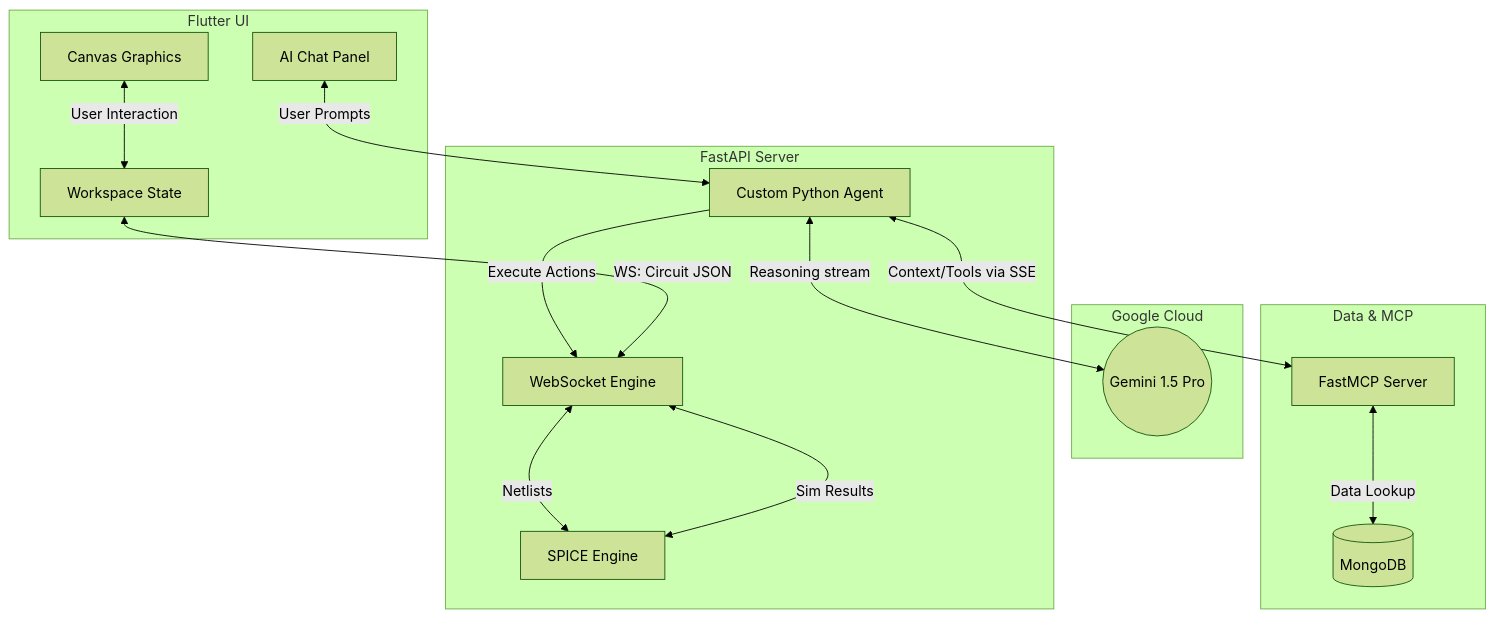
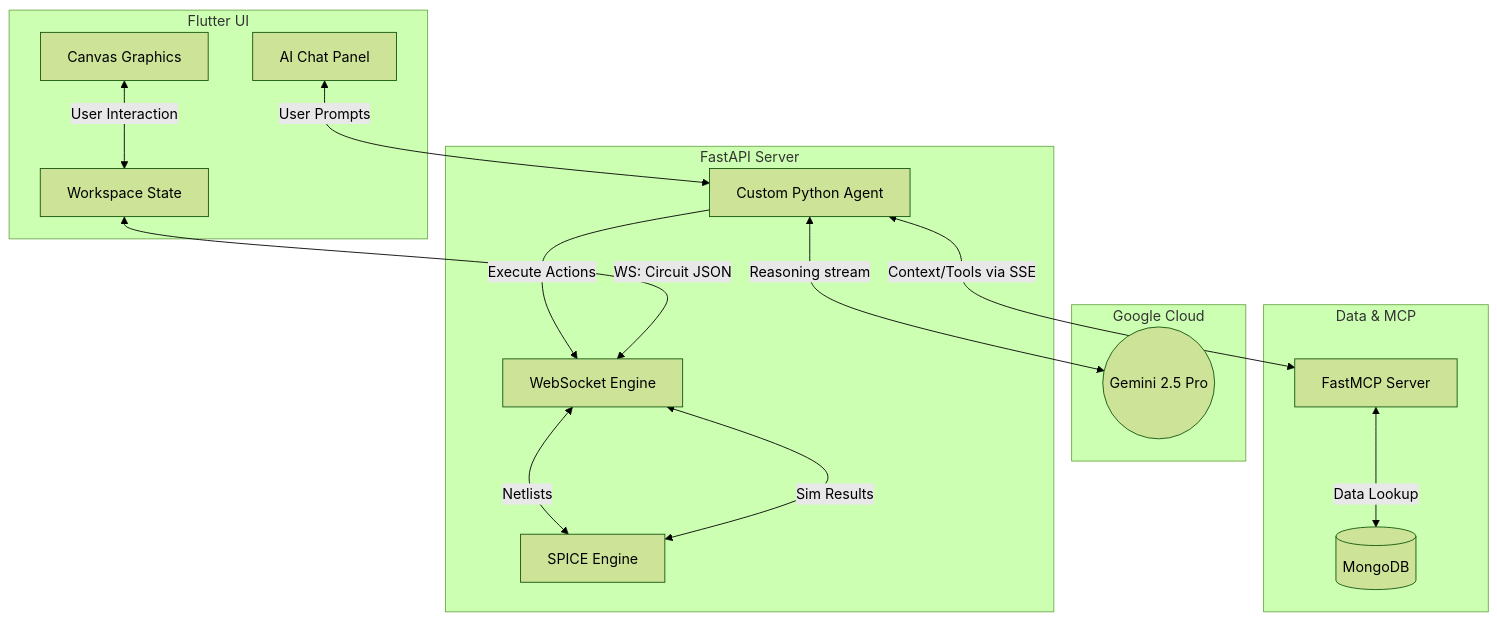
The diagram in README.md (hermes13002/ecs_rapid_agent_hackathon), drawn with Mermaid (forest theme) before and after one commit. The commit also changed other lines of this file, not shown here.

````diff
--- a/README.md
+++ b/README.md
@@ -38,36 +65,36 @@
 ```mermaid
 graph TD
     subgraph Frontend [Flutter UI]
         C[Canvas Graphics]
         IDE[AI Chat Panel]
         State[Workspace State]
     end
 
     subgraph Backend [FastAPI Server]
         Agent[Custom Python Agent]
         WS[WebSocket Engine]
         SE[SPICE Engine]
     end
 
     subgraph Google Cloud
-        Gemini((Gemini 1.5 Pro))
+        Gemini((Gemini 2.5 Pro))
     end
 
     subgraph Data & MCP
         DB[(MongoDB)]
         MCP[FastMCP Server]
     end
 
     C <-->|User Interaction| State
     IDE <-->|User Prompts| Agent
     
     Agent <-->|Reasoning stream| Gemini
     Agent <-->|Context/Tools via SSE| MCP
     MCP <-->|Data Lookup| DB
     
     Agent -->|Execute Actions| WS
     
     State <-->|WS: Circuit JSON| WS
     WS <-->|Netlists| SE
     SE <-->|Sim Results| WS
 ```
````
